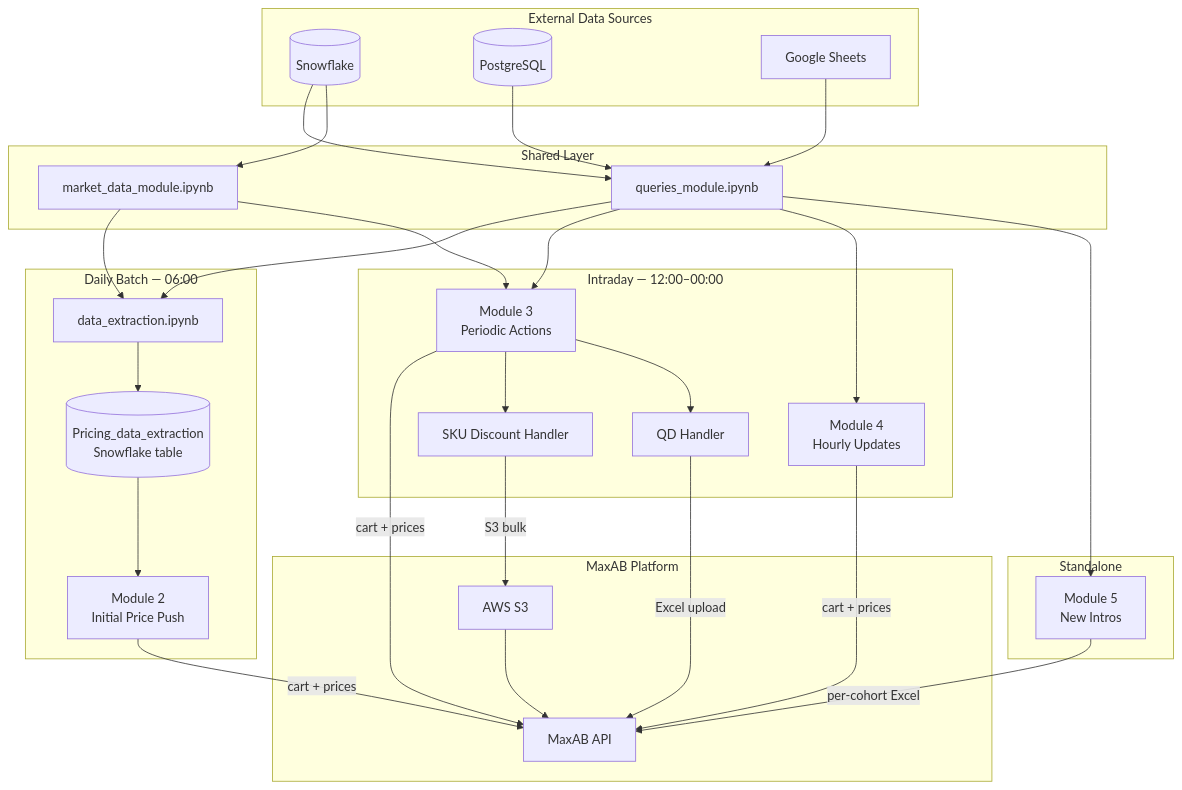
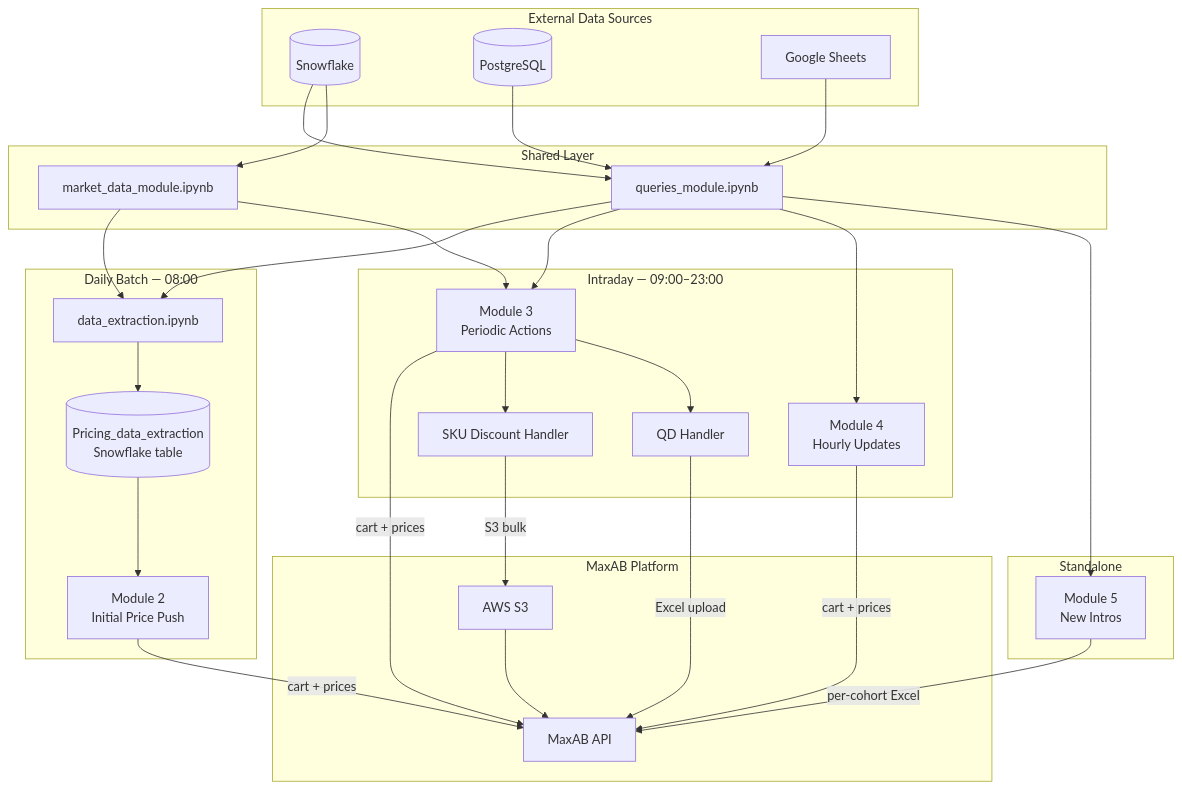
The sixth of 6 diagrams in README.md (Maxab-Growth/Mustafa), drawn with Mermaid before and after one commit. The commit also changed other lines of this file, not shown here.

````diff
--- a/README.md
+++ b/README.md
@@ -394,55 +390,55 @@
 ```mermaid
 flowchart TD
     subgraph External["External Data Sources"]
         SF[(Snowflake)]
         PG[(PostgreSQL)]
         GS[Google Sheets]
     end
 
     subgraph Shared["Shared Layer"]
         QM[queries_module.ipynb]
         MD[market_data_module.ipynb]
     end
 
-    subgraph Daily["Daily Batch — 06:00"]
+    subgraph Daily["Daily Batch — 08:00"]
         DE[data_extraction.ipynb]
         PDE[(Pricing_data_extraction<br/>Snowflake table)]
         M2[Module 2<br/>Initial Price Push]
     end
 
-    subgraph Intraday["Intraday — 12:00–00:00"]
+    subgraph Intraday["Intraday — 09:00–23:00"]
         M3[Module 3<br/>Periodic Actions]
         M4[Module 4<br/>Hourly Updates]
         SKUD[SKU Discount Handler]
         QDH[QD Handler]
     end
 
     subgraph Standalone["Standalone"]
         M5[Module 5<br/>New Intros]
     end
 
     subgraph Output["MaxAB Platform"]
         API[MaxAB API]
         S3[AWS S3]
     end
 
     SF & PG & GS --> QM
     SF --> MD
     QM & MD --> DE
     DE --> PDE
     PDE --> M2
     M2 -->|cart + prices| API
 
     QM & MD --> M3
     M3 -->|cart + prices| API
     M3 --> SKUD
     M3 --> QDH
     SKUD -->|S3 bulk| S3 --> API
     QDH -->|Excel upload| API
 
     QM --> M4
     M4 -->|cart + prices| API
 
     QM --> M5
     M5 -->|per-cohort Excel| API
 ```
````
